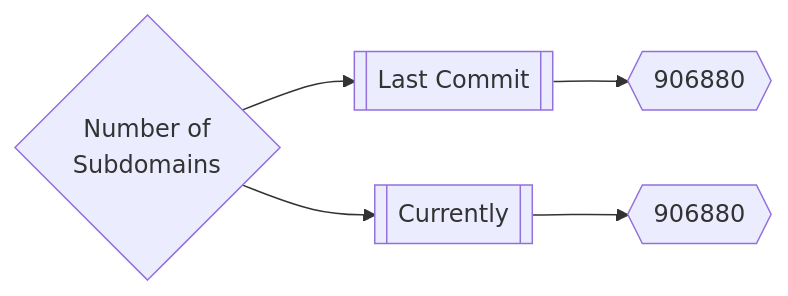
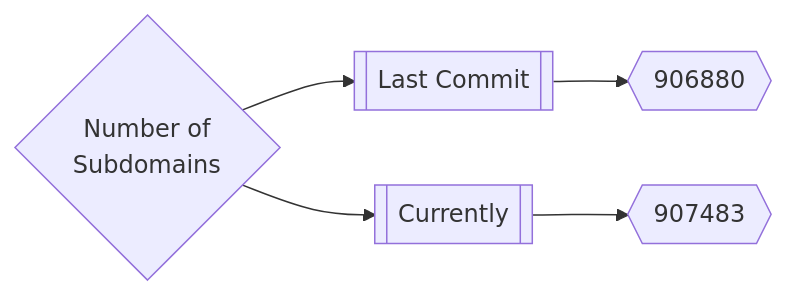
Before and after one commit to trickest/inventory: the first of 3 diagrams in README.md, drawn with Mermaid. The commit also changed other lines of this file, not shown here.

````diff
--- a/README.md
+++ b/README.md
@@ -167,5 +167,5 @@
 ```mermaid
 graph LR
 title{Number of<br>Subdomains} --> subdomainsDate1[[Last Commit]] --> subdomainsNum1{{906880}}
-title --> subdomainsDate2[[Currently]] --> subdomainsNum2{{906880}}
+title --> subdomainsDate2[[Currently]] --> subdomainsNum2{{907483}}
 ```
````
